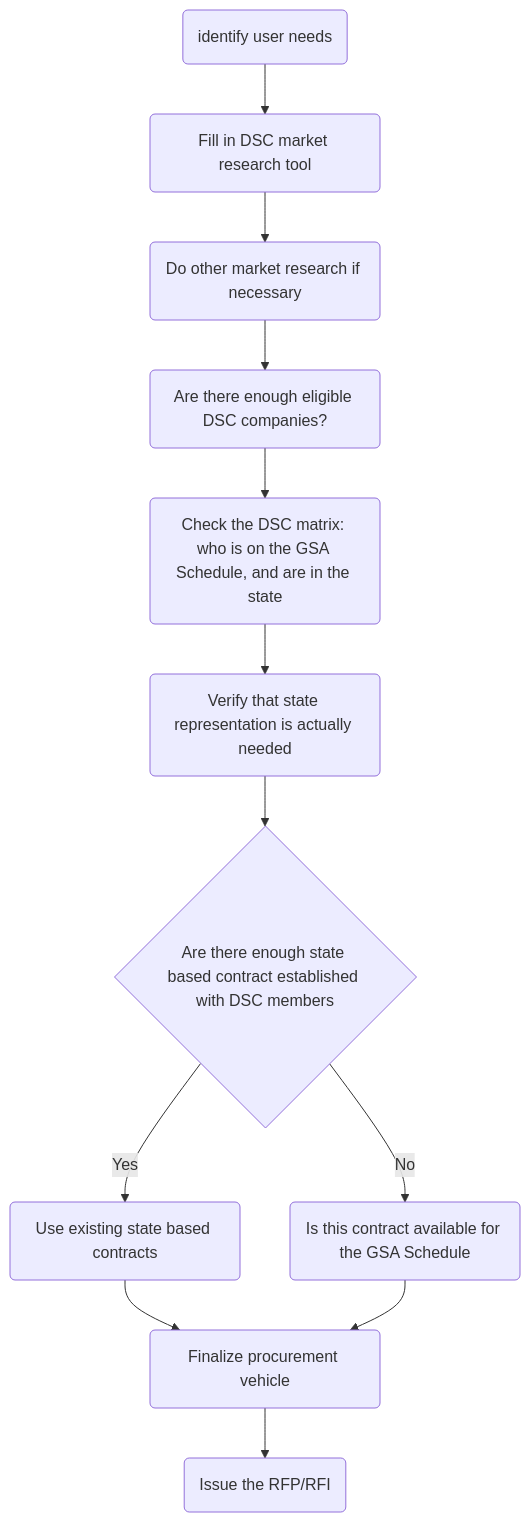
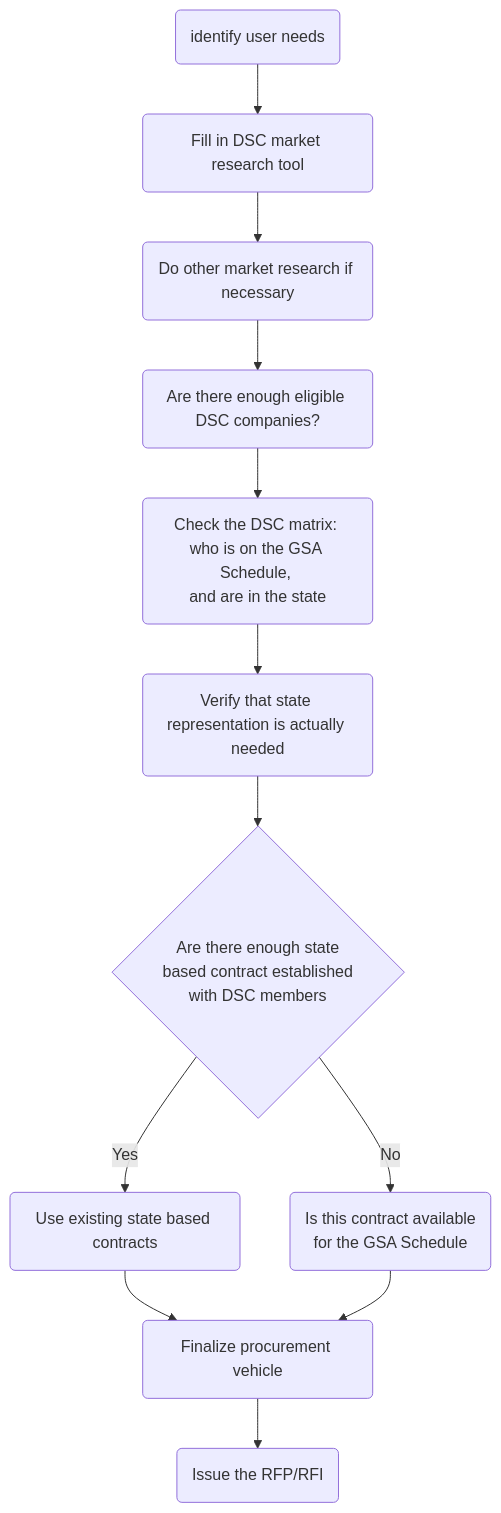
One commit to mgifford/mermaid-graphs changed the diagram in dsc-decision-tree.md. Above: the diagram before and after it, drawn with Mermaid.

````diff
--- a/dsc-decision-tree.md
+++ b/dsc-decision-tree.md
@@ -3,19 +3,19 @@
 ```mermaid
 graph TD
     UserNeeds(identify user needs)-->DSC_MR(Fill in DSC market research tool);
     DSC_MR-->More_MR(Do other market research if necessary);
 
     More_MR-->CompanyPool(Are there enough eligible DSC companies?);
-    CompanyPool-->DSC_Matrix(Check the DSC matrix: who is on the GSA Schedule, and are in the state);
+    CompanyPool-->DSC_Matrix(Check the DSC matrix: <br>who is on the GSA Schedule, <br>and are in the state);
 
     DSC_Matrix-->StateRepresentation(Verify that state representation is actually needed);
-    StateRepresentation-->DSC_InState{Are there enough state based contract established with DSC members};
+    StateRepresentation-->DSC_InState{Are there enough state <br>based contract established <br>with DSC members};
 
     DSC_InState--> |Yes| UseStateContract(Use existing state based contracts);
-    DSC_InState--> |No| Eligible4GSA_Schedule(Is this contract available for the GSA Schedule);
+    DSC_InState--> |No| Eligible4GSA_Schedule(Is this contract available <br>for the GSA Schedule);
 
     UseStateContract-->ProcurementVehicle(Finalize procurement vehicle);
     Eligible4GSA_Schedule-->ProcurementVehicle;
 
     ProcurementVehicle-->IssueRFP(Issue the RFP/RFI);
 ```
````
